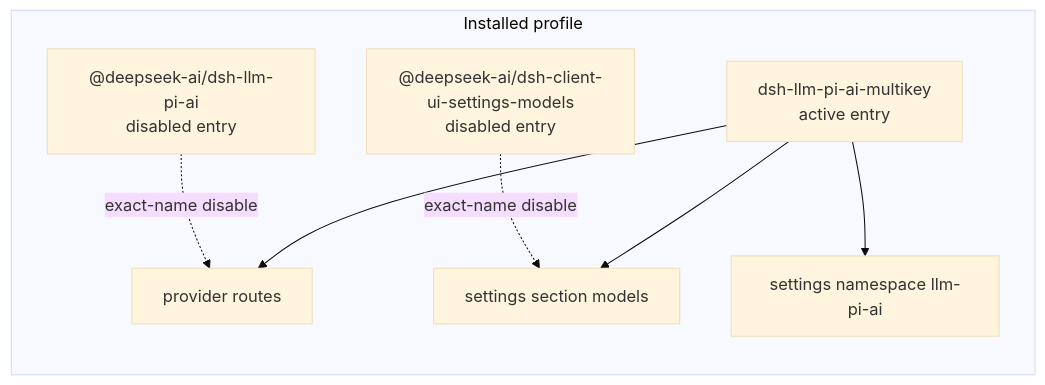
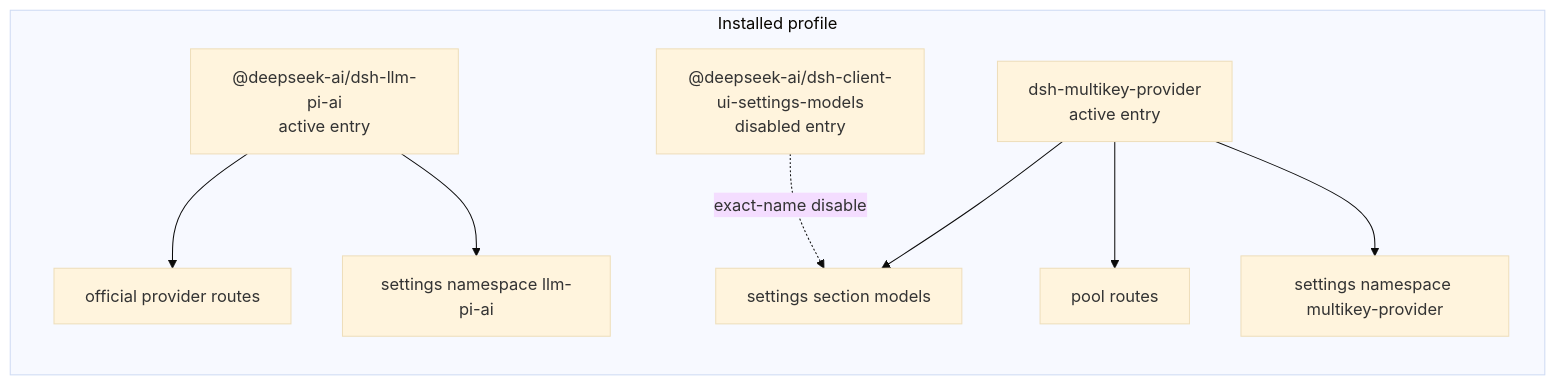
Before and after one commit to Jasonzhangf/agent-plugins: the diagram in dsh-multikey-provider/docs/diagrams/composition-owner.mmd, drawn with Mermaid (base theme). The commit also changed 46 other files, not shown here.

Commit message:
feat(multikey): deliver additive pool provider, settings, probe

```diff
--- a/dsh-multikey-provider/docs/diagrams/composition-owner.mmd
+++ b/dsh-multikey-provider/docs/diagrams/composition-owner.mmd
@@ -1,15 +1,18 @@
 flowchart LR
   subgraph Installed["Installed profile"]
-    OfficialProvider["@deepseek-ai/dsh-llm-pi-ai<br/>disabled entry"]
+    OfficialProvider["@deepseek-ai/dsh-llm-pi-ai<br/>active entry"]
     OfficialModels["@deepseek-ai/dsh-client-ui-settings-models<br/>disabled entry"]
-    Replacement["dsh-llm-pi-ai-multikey<br/>active entry"]
-    ProviderRoutes["provider routes"]
-    Namespace["settings namespace llm-pi-ai"]
+    Plugin["dsh-multikey-provider<br/>active entry"]
+    OfficialRoutes["official provider routes"]
+    PoolRoutes["pool routes"]
+    OfficialNamespace["settings namespace llm-pi-ai"]
+    PoolNamespace["settings namespace multikey-provider"]
     ModelsSection["settings section models"]
   end
 
-  OfficialProvider -. "exact-name disable" .-> ProviderRoutes
+  OfficialProvider --> OfficialRoutes
+  OfficialProvider --> OfficialNamespace
   OfficialModels -. "exact-name disable" .-> ModelsSection
-  Replacement --> ProviderRoutes
-  Replacement --> Namespace
-  Replacement --> ModelsSection
+  Plugin --> PoolRoutes
+  Plugin --> PoolNamespace
+  Plugin --> ModelsSection
```
